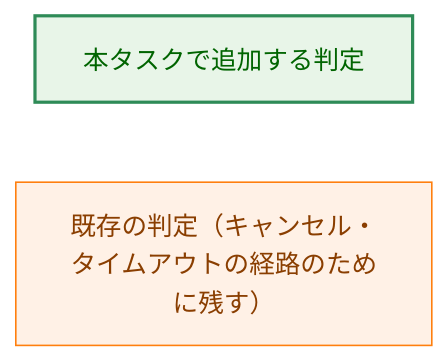
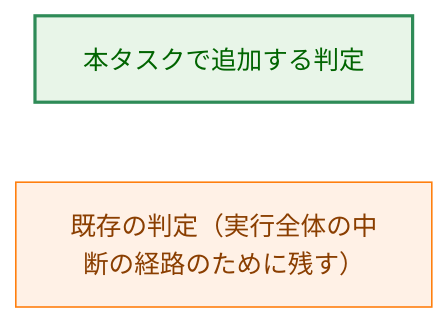
One commit to isseis/go-safe-cmd-runner changed the eighth of 12 diagrams in docs/tasks/0177_multi_group_error_attribution/02_architecture.md. Above: the diagram before and after it, drawn with Mermaid (neutral theme). The commit also changed other lines of this file and 1 other file, not shown here.

Commit message:
docs(0177): Re-approved the requirements and added the architecture document.

````diff
--- a/docs/tasks/0177_multi_group_error_attribution/02_architecture.md
+++ b/docs/tasks/0177_multi_group_error_attribution/02_architecture.md
@@ -425,9 +453,9 @@
 ```mermaid
 flowchart LR
     classDef enhanced fill:#e8f5e8,stroke:#2e8b57,stroke-width:2px,color:#006400;
     classDef process fill:#fff1e6,stroke:#ff7f0e,stroke-width:1px,color:#8a3e00;
     L1["本タスクで追加する判定"]
-    L2["既存の判定（キャンセル・タイムアウトの経路のために残す）"]
+    L2["既存の判定（実行全体の中断の経路のために残す）"]
     class L1 enhanced
     class L2 process
 ```
````
